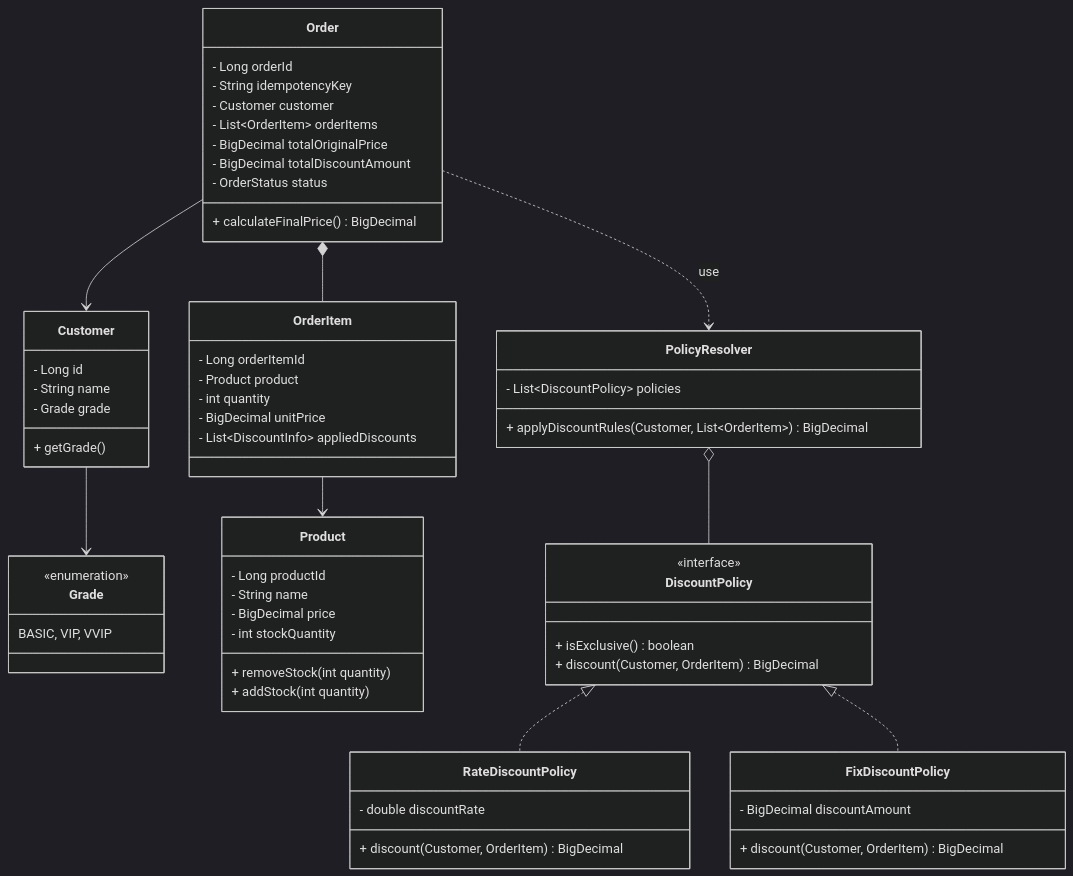
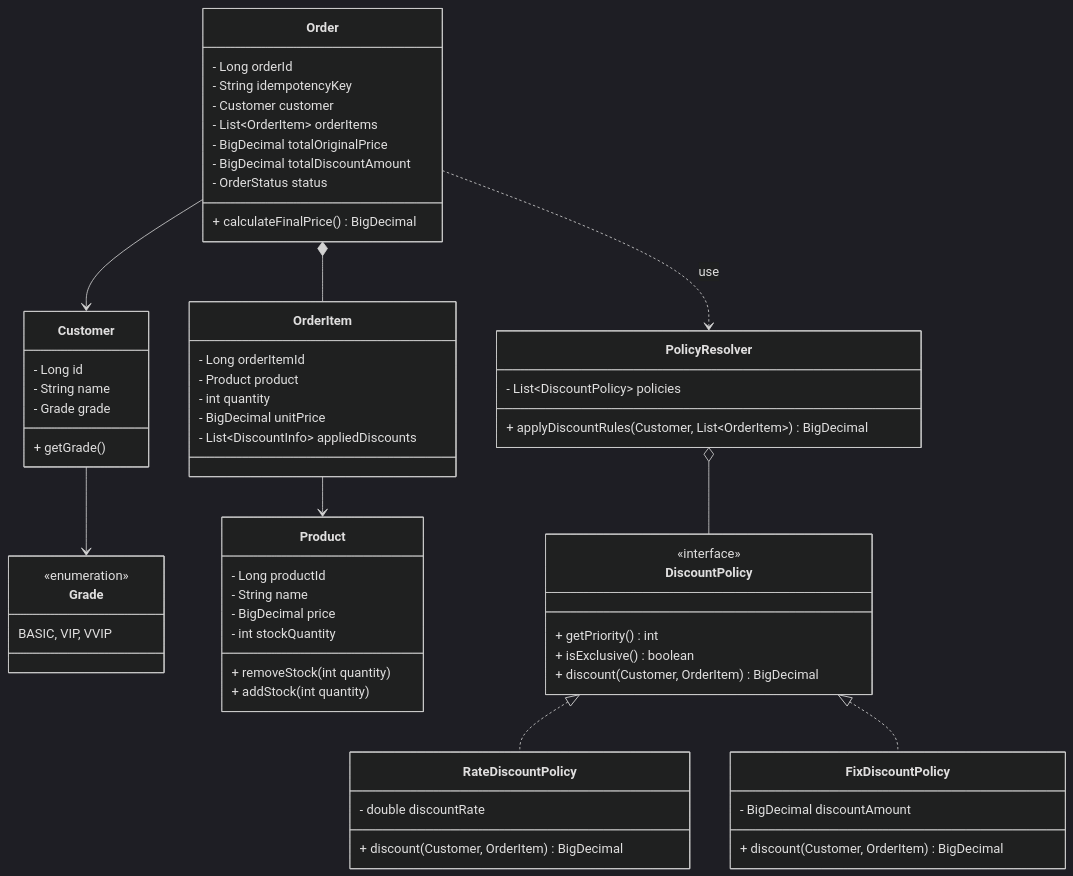
One commit to dlwlssud123/OSS_shopping changed the second of 3 diagrams in Analysis_22212025_이진녕.md. Above: the diagram before and after it, drawn with Mermaid (dark theme). The commit also changed other lines of this file, not shown here.

Commit message:
Finalize architectural details in Analysis doc based on constraints and priority parameters

````diff
--- a/Analysis_22212025_이진녕.md
+++ b/Analysis_22212025_이진녕.md
@@ -141,68 +142,69 @@
 ```mermaid
 classDiagram
     class Customer {
         - Long id
         - String name
         - Grade grade
         + getGrade()
     }
     class Grade {
         <<enumeration>>
         BASIC, VIP, VVIP
     }
     
     class Product {
         - Long productId
         - String name
         - BigDecimal price
         - int stockQuantity
         + removeStock(int quantity)
         + addStock(int quantity)
     }
 
     class OrderItem {
         - Long orderItemId
         - Product product
         - int quantity
         - BigDecimal unitPrice
         - List~DiscountInfo~ appliedDiscounts
     }
 
     class Order {
         - Long orderId
         - String idempotencyKey
         - Customer customer
         - List~OrderItem~ orderItems
         - BigDecimal totalOriginalPrice
         - BigDecimal totalDiscountAmount
         - OrderStatus status
         + calculateFinalPrice() BigDecimal
     }
     
     class DiscountPolicy {
         <<interface>>
+        + getPriority() int
         + isExclusive() boolean
         + discount(Customer, OrderItem) BigDecimal
     }
     class RateDiscountPolicy {
         - double discountRate
         + discount(Customer, OrderItem) BigDecimal
     }
     class FixDiscountPolicy {
         - BigDecimal discountAmount
         + discount(Customer, OrderItem) BigDecimal
     }
     class PolicyResolver {
         - List~DiscountPolicy~ policies
         + applyDiscountRules(Customer, List~OrderItem~) BigDecimal
     }
 
     Customer --> Grade
     Order --> Customer
     Order *-- OrderItem
     OrderItem --> Product
     DiscountPolicy <|.. RateDiscountPolicy
     DiscountPolicy <|.. FixDiscountPolicy
     PolicyResolver o-- DiscountPolicy
     Order ..> PolicyResolver : use
 ```
````
